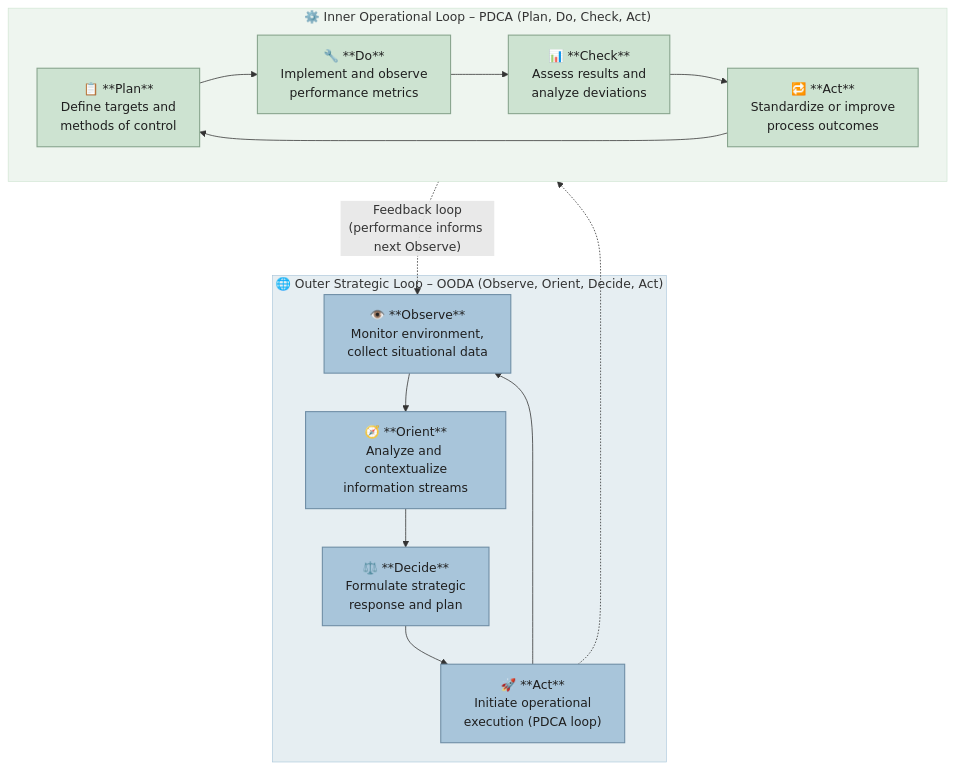
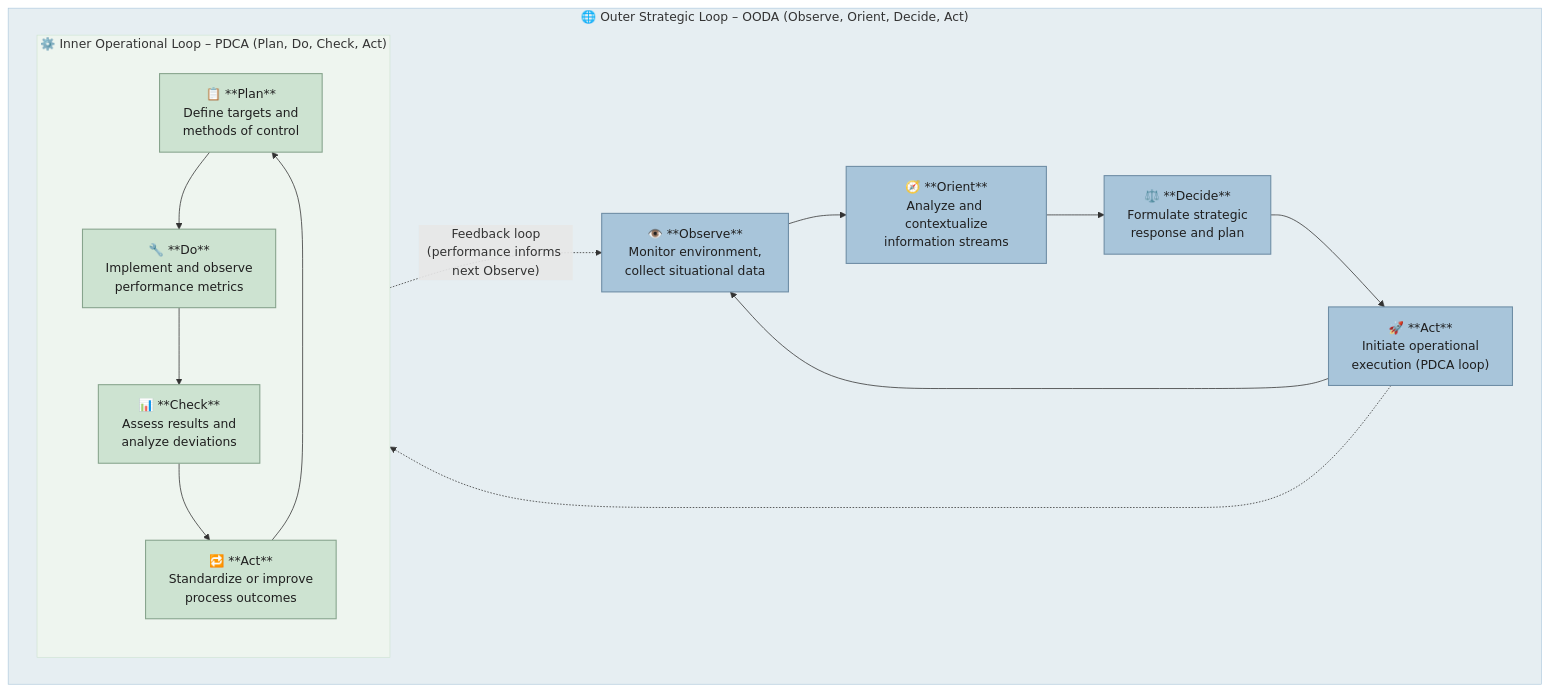
One commit to QuangCuong-Huynh/QuangCuong-Huynh changed the diagram in README.md. Above: the diagram before and after it, drawn with Mermaid. The commit also changed other lines of this file, not shown here.

````diff
--- a/README.md
+++ b/README.md
@@ -212,46 +209,48 @@
 ```mermaid
 %%{init: {
   "theme": "base",
   "themeVariables": {
     "primaryColor": "#A8C5DA",  /* soft academic blue for outer OODA nodes */
     "secondaryColor": "#CDE3D1", /* calm sage green for inner PDCA nodes */
     "tertiaryColor": "#F7F4E9", /* parchment tone for diagram background */
     "fontFamily": "serif",
     "fontSize": "14px",
     "lineColor":"#8AA3B1",
     "textColor":"#1F1F1F"
   }
 }}%%
 
 graph TB
 
 %% Outer loop: OODA
 subgraph OODA["🌐 Outer Strategic Loop – OODA (Observe, Orient, Decide, Act)"]
     O["👁️ **Observe**<br>Monitor environment,<br>collect situational data"]:::outer
     R["🧭 **Orient**<br>Analyze and contextualize<br>information streams"]:::outer
     D["⚖️ **Decide**<br>Formulate strategic<br>response and plan"]:::outer
     A["🚀 **Act**<br>Initiate operational<br>execution (PDCA loop)"]:::outer
     O --> R --> D --> A --> O
-end
 
+      
 %% Inner loop: PDCA
 subgraph PDCA["⚙️ Inner Operational Loop – PDCA (Plan, Do, Check, Act)"]
     P["📋 **Plan**<br>Define targets and<br>methods of control"]:::inner
     Do["🔧 **Do**<br>Implement and observe<br>performance metrics"]:::inner
     C["📊 **Check**<br>Assess results and<br>analyze deviations"]:::inner
     Ac["🔁 **Act**<br>Standardize or improve<br>process outcomes"]:::inner
     P --> Do --> C --> Ac --> P
+end
+
 end
 
 %% Relations
 A -.-> PDCA
 PDCA -. "Feedback loop<br>(performance informs next Observe)" .-> O
 
 %% Class styling
 classDef outer fill:#A8C5DA,stroke:#6E8DA5,stroke-width:1.4px,color:#1F1F1F;
 classDef inner fill:#CDE3D1,stroke:#87A48D,stroke-width:1.4px,color:#1F1F1F;
 
 %% Background refinement (conceptual layer)
 style OODA fill:#E6EEF2,stroke:#A8C5DA,stroke-width:0.8px;
 style PDCA fill:#EEF5EF,stroke:#CDE3D1,stroke-width:0.8px;
 ```
````
